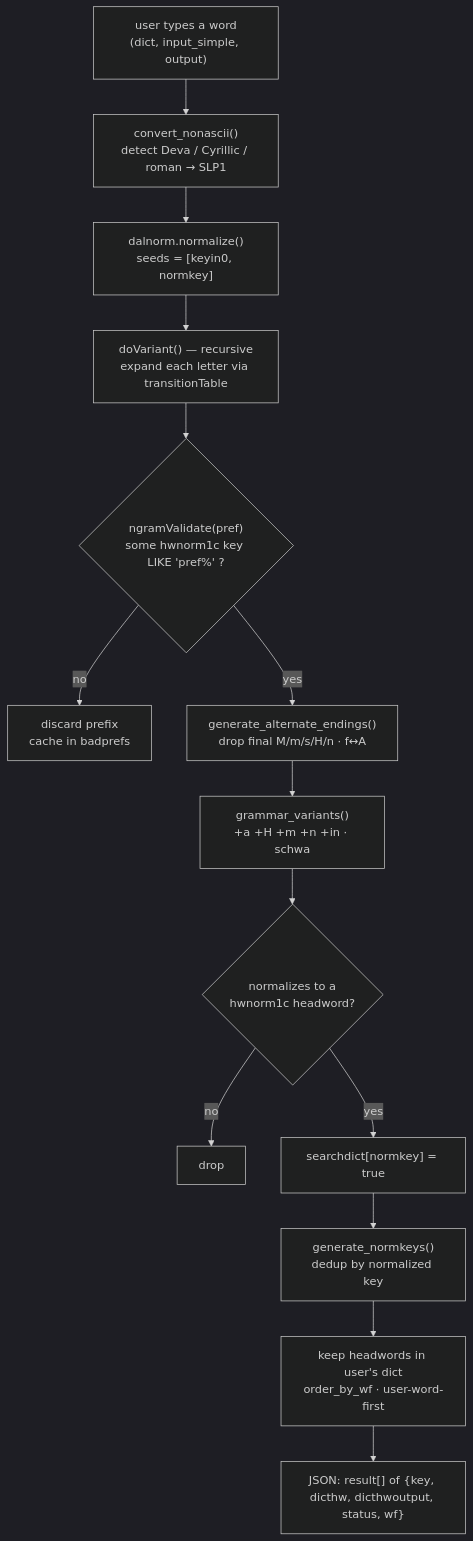
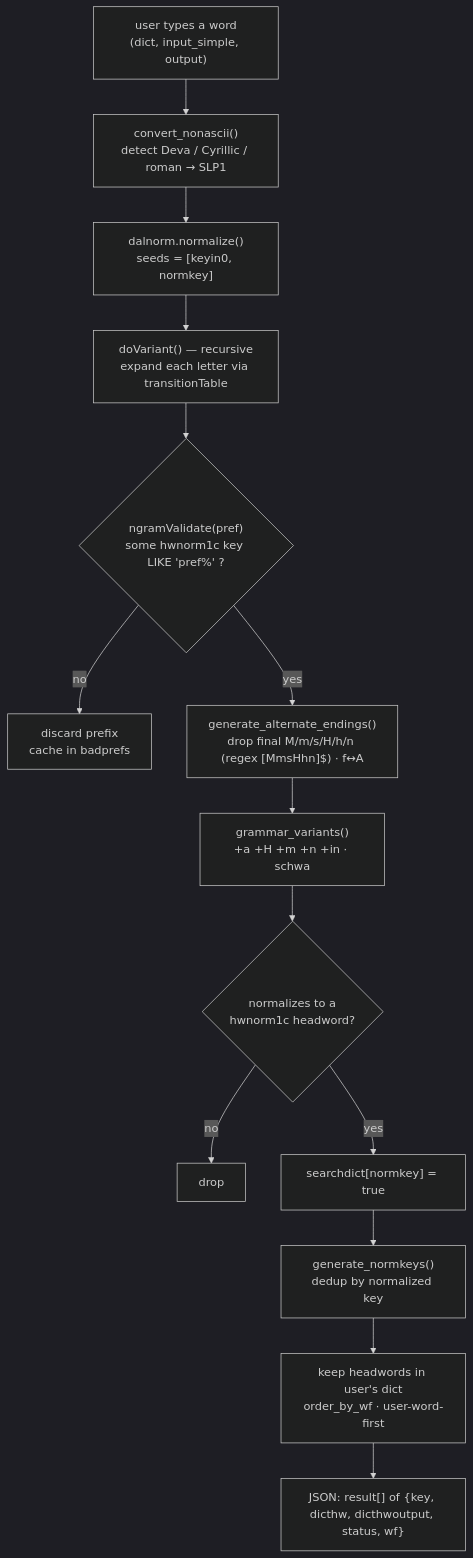
Before and after one commit to sanskrit-lexicon/csl-apidev: the diagram in simple-search/readme.org, drawn with Mermaid (dark theme). The commit also changed other lines of this file and 12 other files, not shown here.

```diff
--- a/simple-search/readme.org
+++ b/simple-search/readme.org
@@ -37,16 +37,16 @@
   #+begin_src mermaid
   flowchart TD
     IN["user types a word<br/>(dict, input_simple, output)"] --> CNA["convert_nonascii()<br/>detect Deva / Cyrillic / roman → SLP1"]
     CNA --> SEED["dalnorm.normalize()<br/>seeds = [keyin0, normkey]"]
     SEED --> DOV["doVariant() — recursive<br/>expand each letter via transitionTable"]
     DOV --> NGV{"ngramValidate(pref)<br/>some hwnorm1c key LIKE 'pref%' ?"}
     NGV -- "no" --> BAD["discard prefix<br/>cache in badprefs"]
-    NGV -- "yes" --> ENDV["generate_alternate_endings()<br/>drop final M/m/s/H/n · f↔A"]
+    NGV -- "yes" --> ENDV["generate_alternate_endings()<br/>drop final M/m/s/H/h/n (regex [MmsHhn]$) · f↔A"]
     ENDV --> GRM["grammar_variants()<br/>+a +H +m +n +in · schwa"]
     GRM --> EXIST{"normalizes to a<br/>hwnorm1c headword?"}
     EXIST -- "no" --> DROP["drop"]
     EXIST -- "yes" --> ADD["searchdict[normkey] = true"]
     ADD --> NK["generate_normkeys()<br/>dedup by normalized key"]
     NK --> FILT["keep headwords in user's dict<br/>order_by_wf · user-word-first"]
     FILT --> JSON["JSON: result[] of {key, dicthw, dicthwoutput, status, wf}"]
   #+end_src
```
